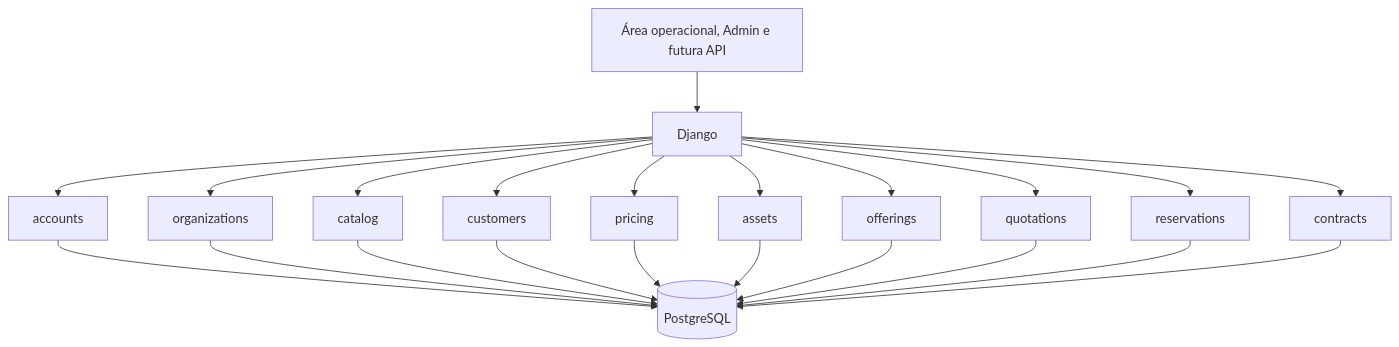
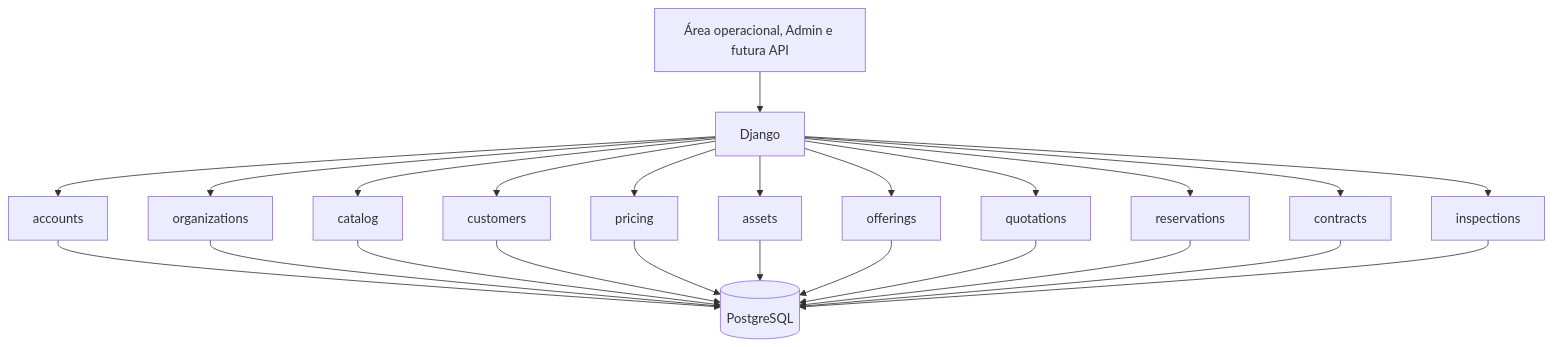
The diagram in docs/architecture.md (ViniciusSilva97/rental-platform), drawn with Mermaid before and after one commit. The commit also changed other lines of this file and 30 other files, not shown here.

````diff
--- a/docs/architecture.md
+++ b/docs/architecture.md
@@ -10,24 +10,26 @@
 ```mermaid
 flowchart TD
     UI["Área operacional, Admin e futura API"] --> APP["Django"]
     APP --> ACC["accounts"]
     APP --> ORG["organizations"]
     APP --> CAT["catalog"]
     APP --> CUS["customers"]
     APP --> PRI["pricing"]
     APP --> AST["assets"]
     APP --> OFF["offerings"]
     APP --> QUO["quotations"]
     APP --> RES["reservations"]
     APP --> CON["contracts"]
+    APP --> INS["inspections"]
     ACC --> DB[("PostgreSQL")]
     ORG --> DB
     CAT --> DB
     CUS --> DB
     PRI --> DB
     AST --> DB
     OFF --> DB
     QUO --> DB
     RES --> DB
     CON --> DB
+    INS --> DB
 ```
````
